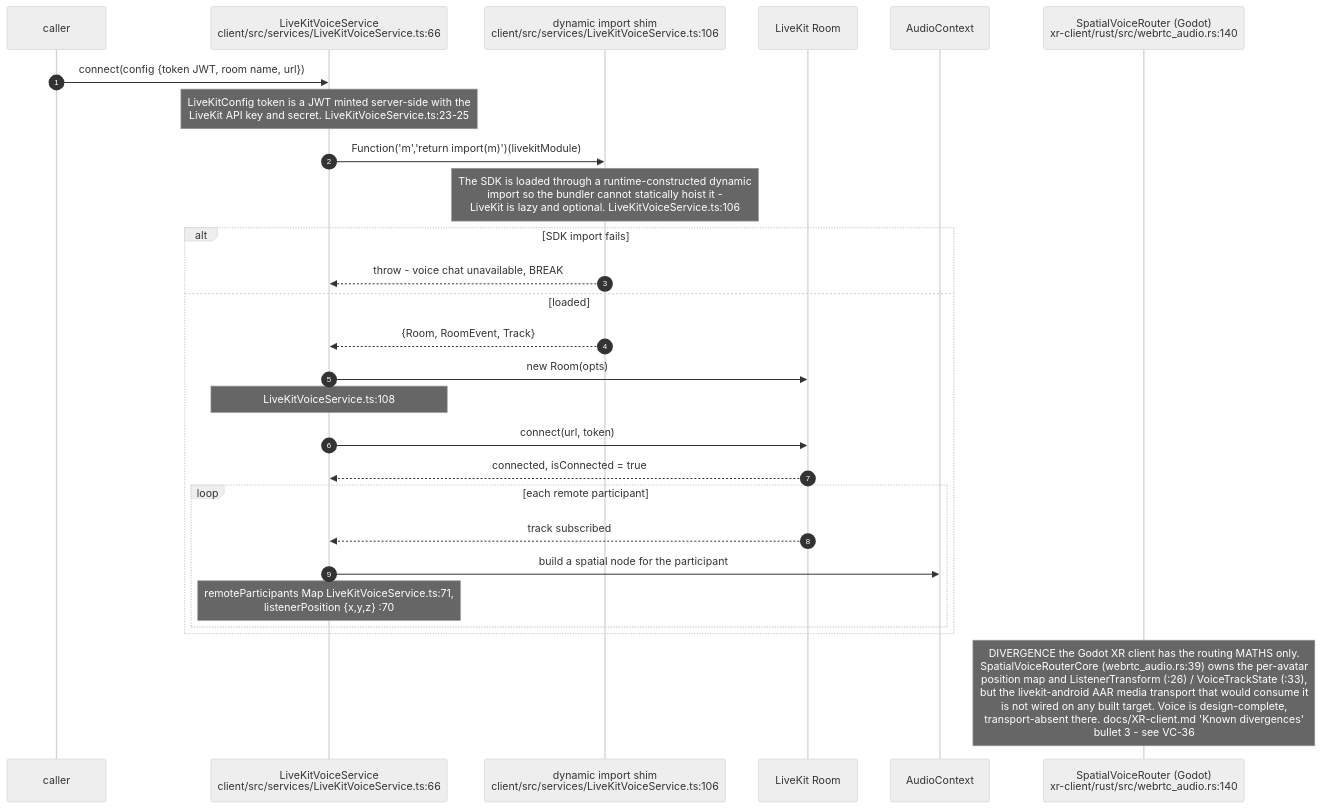
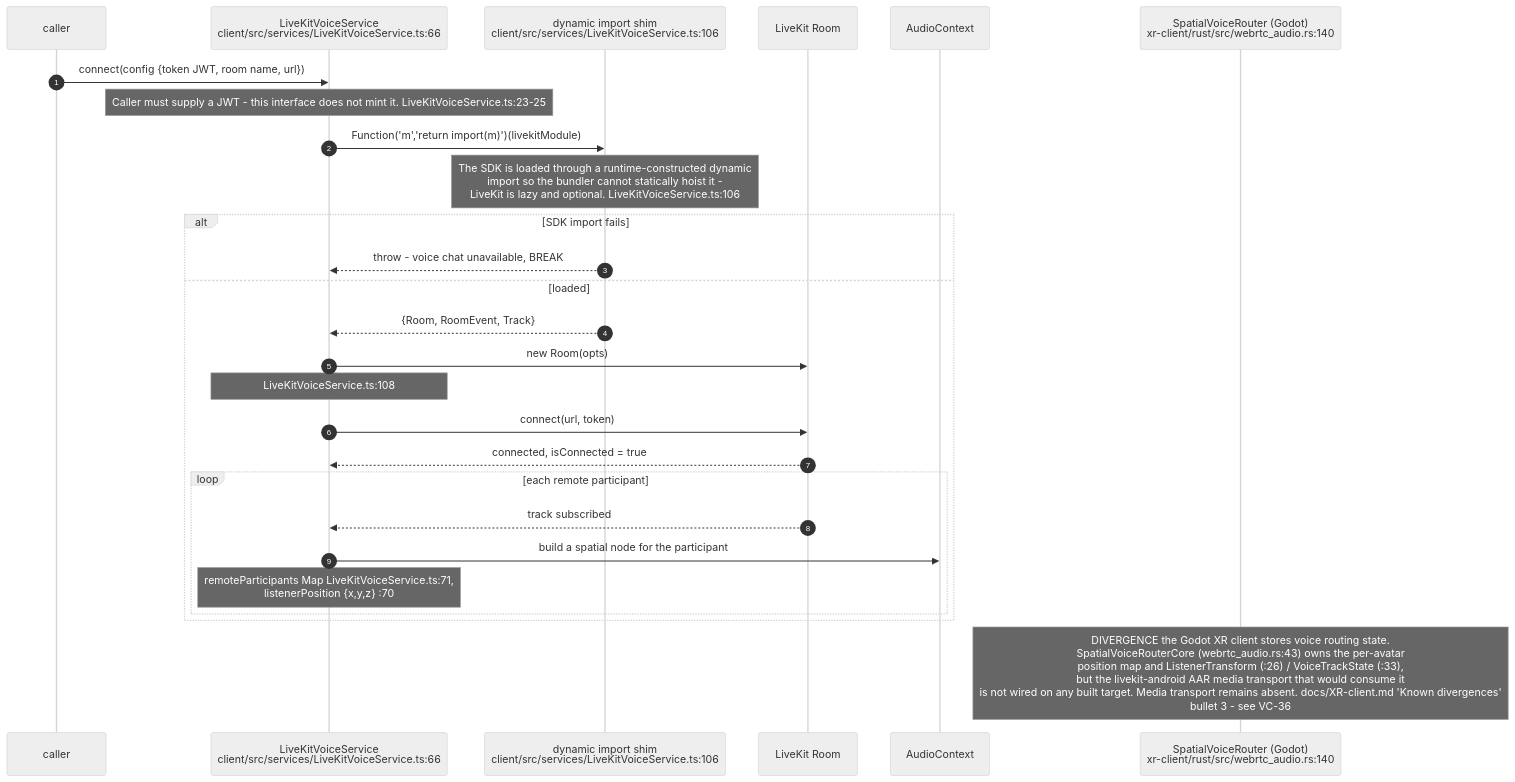
One commit to DreamLab-AI/VisionFlow changed the ninth of 12 diagrams in docs/diagrams/visionclaw/35-voice-end-to-end.md. Above: the diagram before and after it, drawn with Mermaid (neutral theme). The commit also changed other lines of this file and 31 other files, not shown here.

````diff
--- a/docs/diagrams/visionclaw/35-voice-end-to-end.md
+++ b/docs/diagrams/visionclaw/35-voice-end-to-end.md
@@ -446,30 +446,30 @@
 ```mermaid
 sequenceDiagram
     autonumber
     participant UI as caller
     participant LK as LiveKitVoiceService<br/>client/src/services/LiveKitVoiceService.ts:66
     participant DI as dynamic import shim<br/>client/src/services/LiveKitVoiceService.ts:106
     participant RM as LiveKit Room
     participant AC as AudioContext
     participant XR as SpatialVoiceRouter (Godot)<br/>xr-client/rust/src/webrtc_audio.rs:140
 
     UI->>LK: connect(config {token JWT, room name, url})
-    Note over LK: LiveKitConfig token is a JWT minted server-side with the<br/>LiveKit API key and secret. LiveKitVoiceService.ts:23-25
+    Note over LK: Caller must supply a JWT - this interface does not mint it. LiveKitVoiceService.ts:23-25
     LK->>DI: Function('m','return import(m)')(livekitModule)
     Note over DI: The SDK is loaded through a runtime-constructed dynamic<br/>import so the bundler cannot statically hoist it -<br/>LiveKit is lazy and optional. LiveKitVoiceService.ts:106
     alt SDK import fails
         DI-->>LK: throw - voice chat unavailable, BREAK
     else loaded
         DI-->>LK: {Room, RoomEvent, Track}
         LK->>RM: new Room(opts)
         Note over LK: LiveKitVoiceService.ts:108
         LK->>RM: connect(url, token)
         RM-->>LK: connected, isConnected = true
         loop each remote participant
             RM-->>LK: track subscribed
             LK->>AC: build a spatial node for the participant
             Note over LK: remoteParticipants Map LiveKitVoiceService.ts:71,<br/>listenerPosition {x,y,z} :70
         end
     end
-    Note over XR: DIVERGENCE the Godot XR client has the routing MATHS only.<br/>SpatialVoiceRouterCore (webrtc_audio.rs:39) owns the per-avatar<br/>position map and ListenerTransform (:26) / VoiceTrackState (:33),<br/>but the livekit-android AAR media transport that would consume it<br/>is not wired on any built target. Voice is design-complete,<br/>transport-absent there. docs/XR-client.md 'Known divergences'<br/>bullet 3 - see VC-36
+    Note over XR: DIVERGENCE the Godot XR client stores voice routing state.<br/>SpatialVoiceRouterCore (webrtc_audio.rs:43) owns the per-avatar<br/>position map and ListenerTransform (:26) / VoiceTrackState (:33),<br/>but the livekit-android AAR media transport that would consume it<br/>is not wired on any built target. Media transport remains absent. docs/XR-client.md 'Known divergences'<br/>bullet 3 - see VC-36
 ```
````
